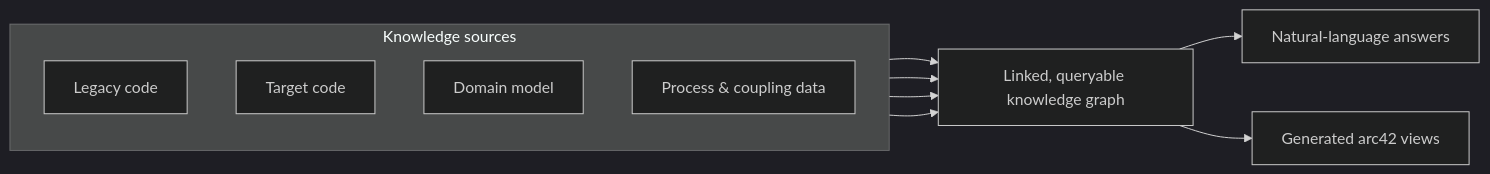
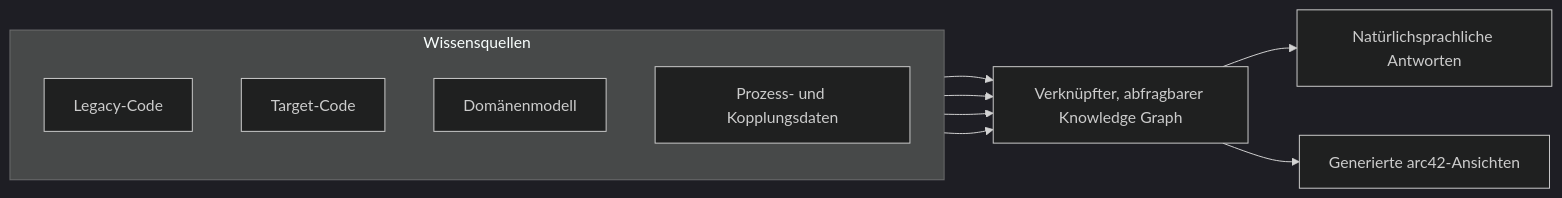
One commit to amosproj/amos2026ws01-legacy-migrator changed the diagram in Documentation/industry-partner-kickoff.md. Above: the diagram before and after it, drawn with Mermaid (dark theme). The commit also changed other lines of this file and 1 other file, not shown here.

````diff
--- a/Documentation/industry-partner-kickoff.md
+++ b/Documentation/industry-partner-kickoff.md
@@ -70,18 +72,18 @@
 ```mermaid
 flowchart LR
-    subgraph INPUTS["Knowledge sources"]
+    subgraph INPUTS["Wissensquellen"]
       direction TB
-      L["Legacy code"]
-      T["Target code"]
-      D["Domain model"]
-      P["Process & coupling data"]
+      L["Legacy-Code"]
+      T["Target-Code"]
+      D["Domänenmodell"]
+      P["Prozess- und Kopplungsdaten"]
     end
 
-    L --> G["Linked, queryable knowledge graph"]
+    L --> G["Verknüpfter, abfragbarer Knowledge Graph"]
     T --> G
     D --> G
     P --> G
 
-    G --> Q["Natural-language answers"]
-    G --> A["Generated arc42 views"]
+    G --> Q["Natürlichsprachliche Antworten"]
+    G --> A["Generierte arc42-Ansichten"]
 ```
````
